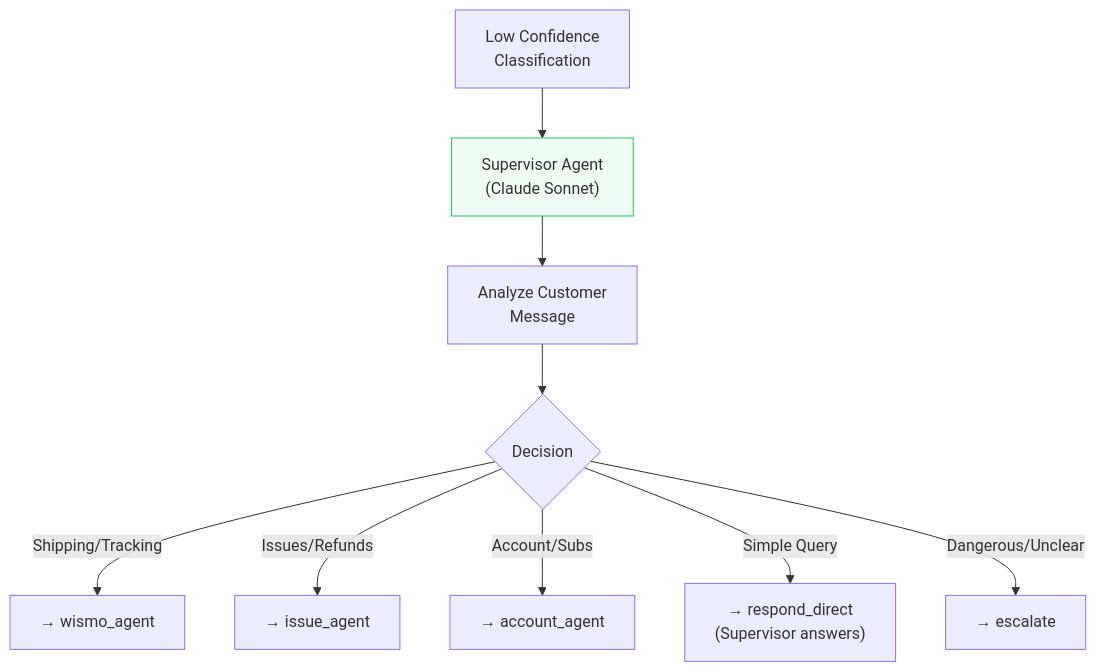
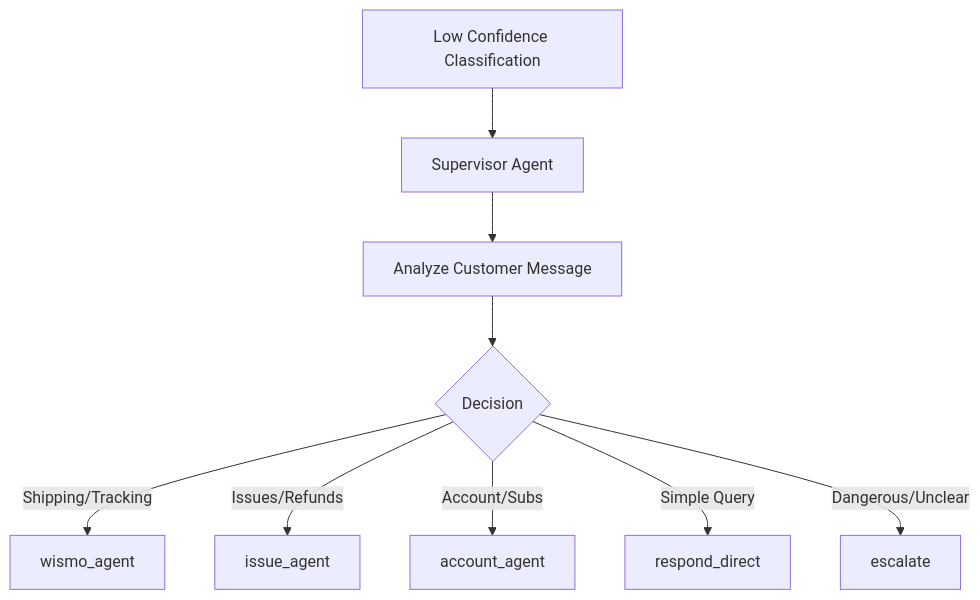
Before and after one commit to EminDurmuSS/lookfor-hackathon: the fourth of 11 diagrams in README.md, drawn with Mermaid. The commit also changed other lines of this file, not shown here.

First line of the commit message:
Refactor README formatting and diagram clarity

````diff
--- a/README.md
+++ b/README.md
@@ -255,14 +209,12 @@
 ```mermaid
 flowchart TD
-    LOW["Low Confidence<br/>Classification"] --> SUP["Supervisor Agent<br/>(Claude Sonnet)"]
-    SUP --> ANALYZE["Analyze Customer<br/>Message"]
-    ANALYZE --> DECIDE{"Decision"}
+    LOW[Low Confidence Classification] --> SUP[Supervisor Agent]
+    SUP --> ANALYZE[Analyze Customer Message]
+    ANALYZE --> DECIDE{Decision}
 
-    DECIDE -->|"Shipping/Tracking"| WA["→ wismo_agent"]
-    DECIDE -->|"Issues/Refunds"| IA["→ issue_agent"]
-    DECIDE -->|"Account/Subs"| AA["→ account_agent"]
-    DECIDE -->|"Simple Query"| RD["→ respond_direct<br/>(Supervisor answers)"]
-    DECIDE -->|"Dangerous/Unclear"| ESC["→ escalate"]
-
-    style SUP fill:#f0fdf4,stroke:#22c55e
+    DECIDE -->|Shipping/Tracking| WA[wismo_agent]
+    DECIDE -->|Issues/Refunds| IA[issue_agent]
+    DECIDE -->|Account/Subs| AA[account_agent]
+    DECIDE -->|Simple Query| RD[respond_direct]
+    DECIDE -->|Dangerous/Unclear| ESC[escalate]
 ```
````
